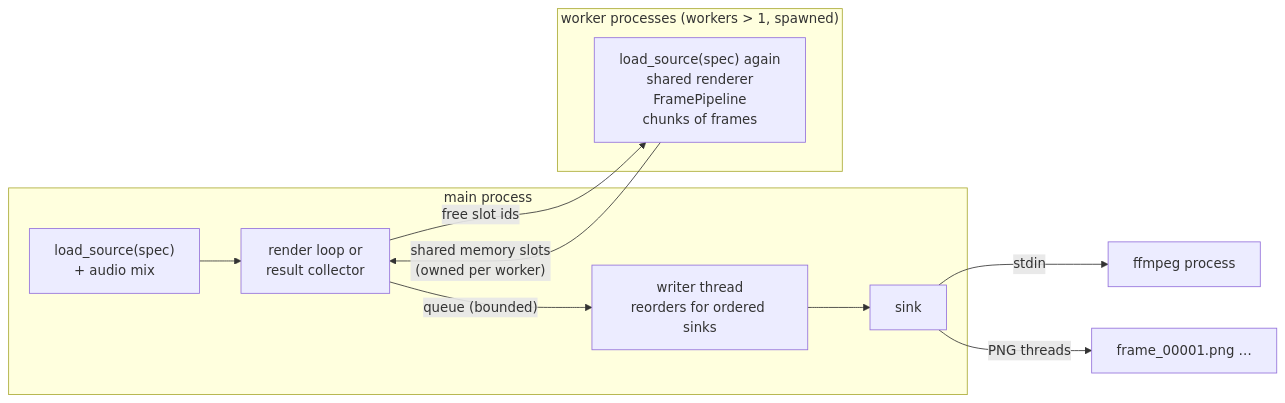
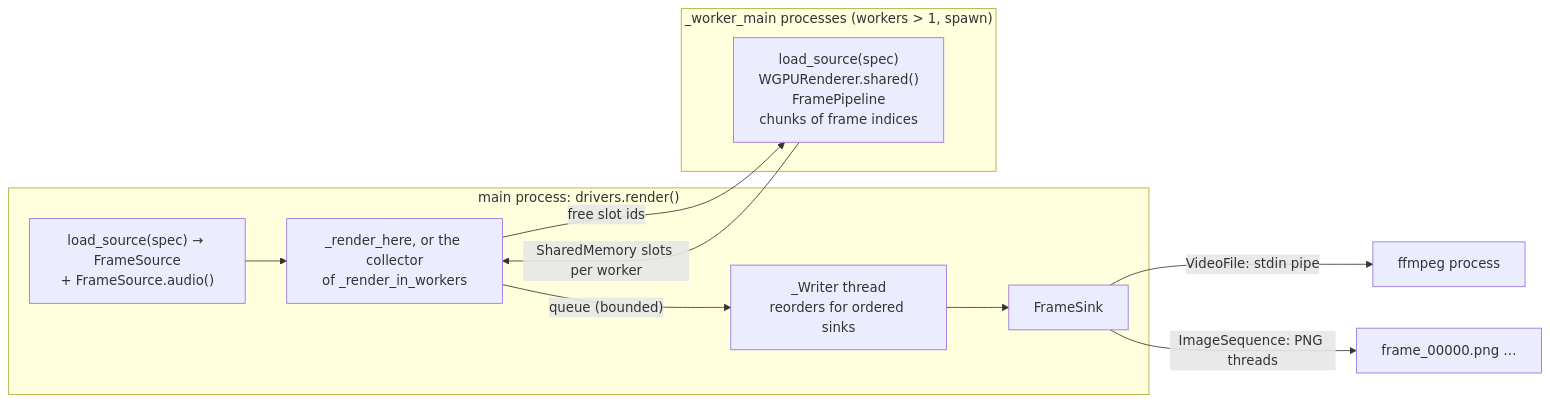
One commit to MrDiver/manim changed the seventh of 8 diagrams in manimx/ARCHITECTURE.md. Above: the diagram before and after it, drawn with Mermaid. The commit also changed other lines of this file, not shown here.

First line of the commit message:
manimx: describe the architecture with the names from the code

````diff
--- a/manimx/ARCHITECTURE.md
+++ b/manimx/ARCHITECTURE.md
@@ -474,15 +504,15 @@
 ```mermaid
 flowchart LR
-    subgraph Main["main process"]
-        L["load_source(spec)<br/>+ audio mix"] --> Loop
-        Loop["render loop or<br/>result collector"] -->|"queue (bounded)"| Wt["writer thread<br/>reorders for ordered sinks"]
-        Wt --> Sink["sink"]
+    subgraph Main["main process: drivers.render()"]
+        L["load_source(spec) → FrameSource<br/>+ FrameSource.audio()"] --> Loop
+        Loop["_render_here, or the collector<br/>of _render_in_workers"] -->|"queue (bounded)"| Wt["_Writer thread<br/>reorders for ordered sinks"]
+        Wt --> Sink["FrameSink"]
     end
-    Sink -->|stdin| FF["ffmpeg process"]
-    Sink -->|"PNG threads"| Files["frame_00001.png …"]
-    subgraph Workers["worker processes (workers > 1, spawned)"]
-        W1["load_source(spec) again<br/>shared renderer<br/>FramePipeline<br/>chunks of frames"]
+    Sink -->|"VideoFile: stdin pipe"| FF["ffmpeg process"]
+    Sink -->|"ImageSequence: PNG threads"| Files["frame_00000.png …"]
+    subgraph Workers["_worker_main processes (workers > 1, spawn)"]
+        W1["load_source(spec)<br/>WGPURenderer.shared()<br/>FramePipeline<br/>chunks of frame indices"]
     end
-    W1 -->|"shared memory slots<br/>(owned per worker)"| Loop
+    W1 -->|"SharedMemory slots per worker"| Loop
     Loop -->|"free slot ids"| W1
 ```
````
